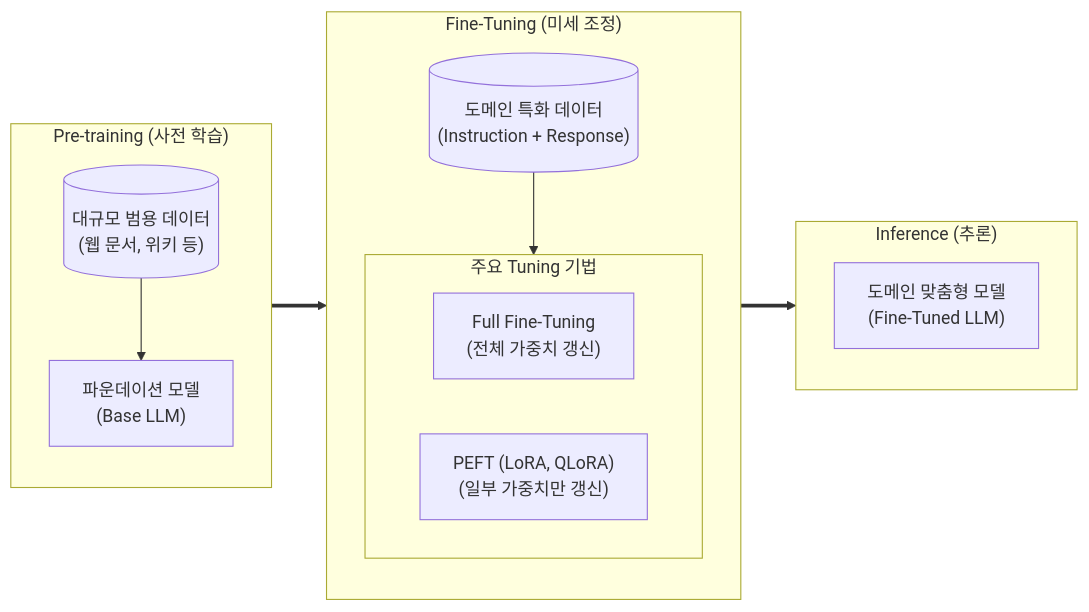
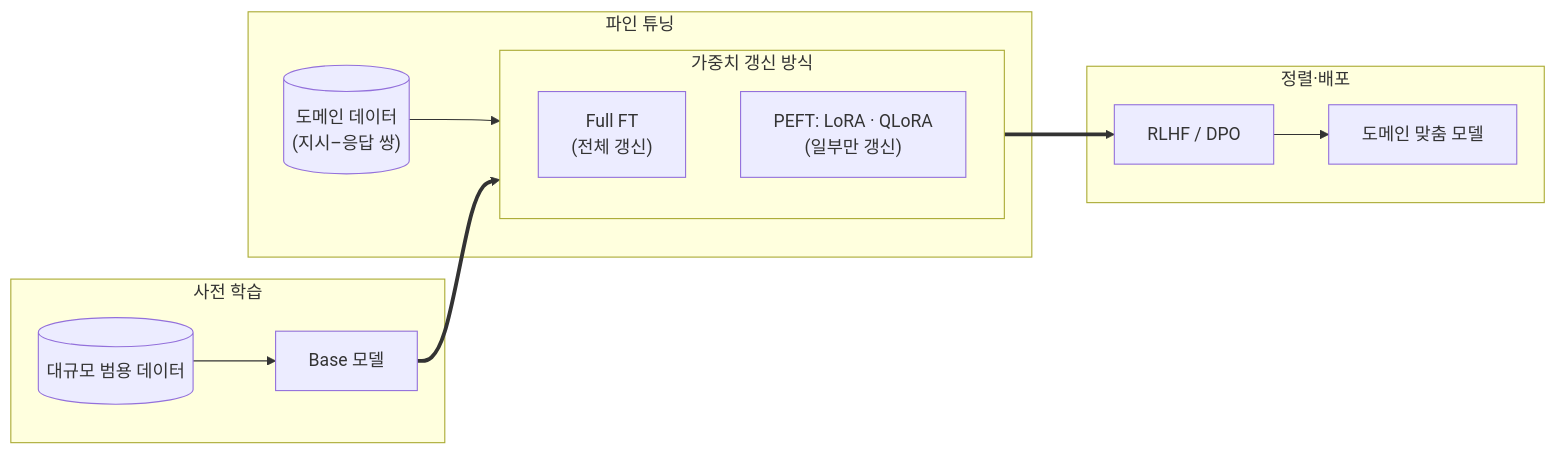
One commit to supremethumb/supremethumb.github.io changed the diagram in content/01_IT Tech/Fine-Tuning.md. Above: the diagram before and after it, drawn with Mermaid. The commit also changed other lines of this file and 1087 other files, not shown here.

````diff
--- a/content/01_IT Tech/Fine-Tuning.md
+++ b/content/01_IT Tech/Fine-Tuning.md
@@ -27,30 +36,17 @@
 ```mermaid
 flowchart LR
-    subgraph Phase1 ["Pre-training (사전 학습)"]
-        direction TB
-        BigData[("대규모 범용 데이터<br/>(웹 문서, 위키 등)")]
-        BaseModel["파운데이션 모델<br/>(Base LLM)"]
-        BigData --> BaseModel
+    subgraph P1["사전 학습"]
+        BigData[("대규모 범용 데이터")] --> Base["Base 모델"]
     end
-
-    subgraph Phase2 ["Fine-Tuning (미세 조정)"]
-        direction TB
-        DomainData[("도메인 특화 데이터<br/>(Instruction + Response)")]
-        
-        subgraph Tuning_Methods ["주요 Tuning 기법"]
-            direction LR
-            Full["Full Fine-Tuning<br/>(전체 가중치 갱신)"]
-            PEFT["PEFT (LoRA, QLoRA)<br/>(일부 가중치만 갱신)"]
+    subgraph P2["파인 튜닝"]
+        Domain[("도메인 데이터<br/>(지시–응답 쌍)")] --> Methods
+        subgraph Methods["가중치 갱신 방식"]
+            Full["Full FT<br/>(전체 갱신)"]
+            Peft["PEFT: LoRA · QLoRA<br/>(일부만 갱신)"]
         end
-        DomainData --> Tuning_Methods
     end
-
-    subgraph Phase3 ["Inference (추론)"]
-        direction TB
-        CustomModel["도메인 맞춤형 모델<br/>(Fine-Tuned LLM)"]
+    subgraph P3["정렬·배포"]
+        Align["RLHF / DPO"] --> Custom["도메인 맞춤 모델"]
     end
-
-    BaseModel ==> Tuning_Methods
-    Tuning_Methods ==> CustomModel
-
+    Base ==> Methods ==> Align
 ```
````
